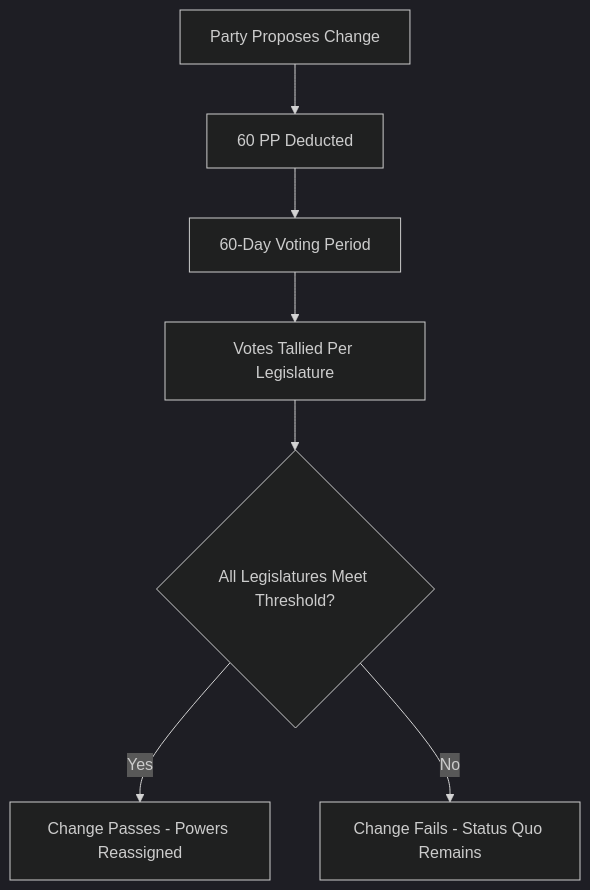
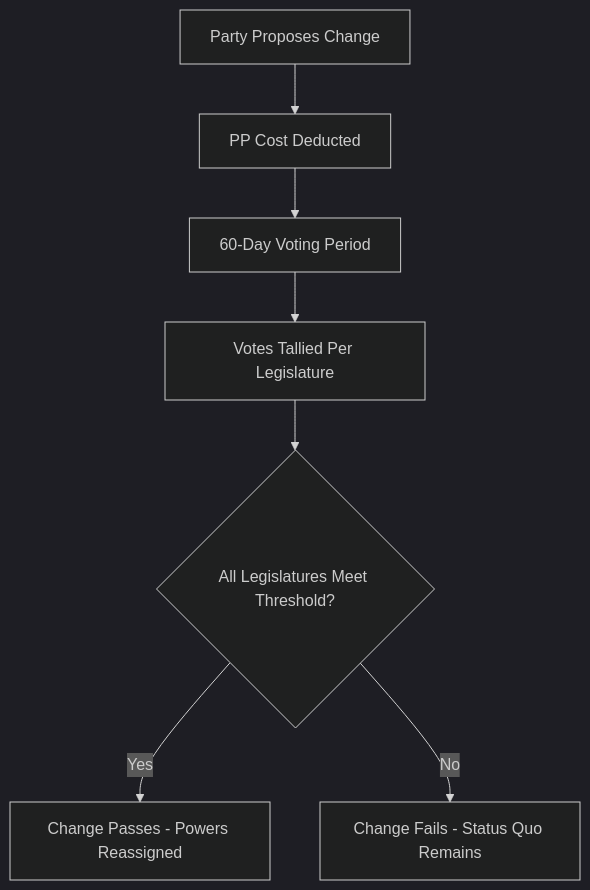
Before and after one commit to hankhank10/lawmaker-wiki: the diagram in docs/gameplay/constitution.md, drawn with Mermaid (dark theme). The commit also changed other lines of this file and 1 other file, not shown here.

````diff
--- a/docs/gameplay/constitution.md
+++ b/docs/gameplay/constitution.md
@@ -76,9 +76,9 @@
 ```mermaid
 graph TD
-    A[Party Proposes Change] --> B[60 PP Deducted]
+    A[Party Proposes Change] --> B[PP Cost Deducted]
     B --> C[60-Day Voting Period]
     C --> D[Votes Tallied Per Legislature]
     D --> E{All Legislatures Meet Threshold?}
     E -->|Yes| F[Change Passes - Powers Reassigned]
     E -->|No| G[Change Fails - Status Quo Remains]
 ```
````
